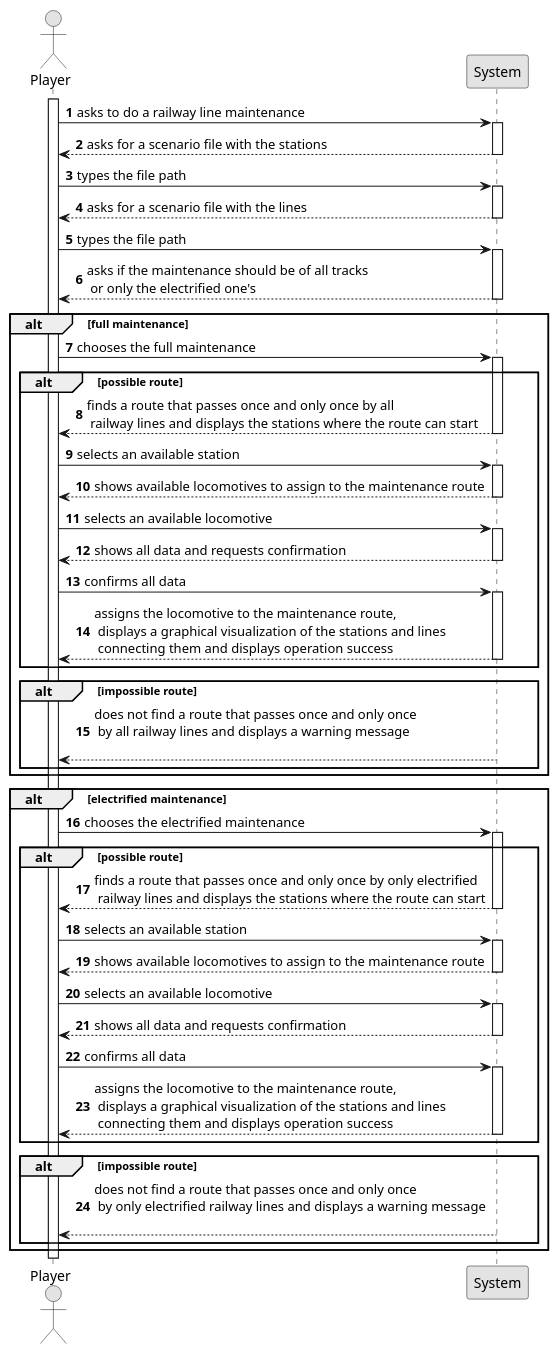
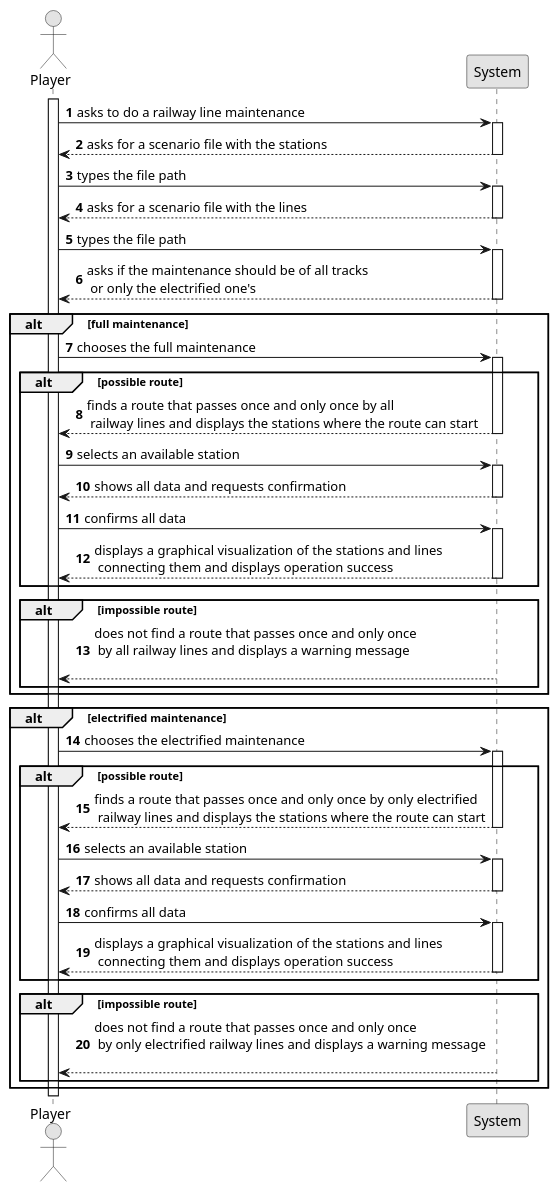
One commit to 1240935/pi2-railway-simulator changed the diagram in Sprint2/US014/01.requirements-engineering/puml/US014-SSD.puml. Above: the diagram before and after it, drawn with PlantUML. The commit also changed 21 other files, not shown here.

```diff
--- a/Sprint2/US014/01.requirements-engineering/puml/US014-SSD.puml
+++ b/Sprint2/US014/01.requirements-engineering/puml/US014-SSD.puml
@@ -1,111 +1,99 @@
 @startuml
 skinparam monochrome true
 skinparam packageStyle rectangle
 skinparam shadowing false
 
 autonumber
 
 actor "Player" as Employee
 participant "System" as System
 
 activate Employee
 
     Employee -> System : asks to do a railway line maintenance
     activate System
 
          System --> Employee : asks for a scenario file with the stations
             deactivate System
 
             Employee -> System : types the file path
             activate System
 
             System --> Employee : asks for a scenario file with the lines
                 deactivate System
 
             Employee -> System : types the file path
                 activate System
 
 
         System --> Employee : asks if the maintenance should be of all tracks \n or only the electrified one's
     deactivate System
 
     alt full maintenance
     Employee -> System : chooses the full maintenance
         activate System
 
         alt possible route
 
                     System --> Employee : finds a route that passes once and only once by all \n railway lines and displays the stations where the route can start
                     deactivate System
 
                 Employee -> System : selects an available station
                 activate System
 
-                    System --> Employee: shows available locomotives to assign to the maintenance route
-                    deactivate System
-
-                Employee -> System : selects an available locomotive
-                activate System
-
                      System --> Employee : shows all data and requests confirmation
                     deactivate System
 
                 Employee -> System : confirms all data
                 activate System
 
-                    System --> Employee: assigns the locomotive to the maintenance route,\n displays a graphical visualization of the stations and lines \n connecting them and displays operation success
+                    System --> Employee: displays a graphical visualization of the stations and lines \n connecting them and displays operation success
                     deactivate System
 
                 end alt
 
                 alt impossible route
 
                 activate System
 
                      System --> Employee : does not find a route that passes once and only once \n by all railway lines and displays a warning message \n
                      deactivate System
 
                 end alt
 
          end alt
 
     alt electrified maintenance
 
         Employee -> System : chooses the electrified maintenance
         activate System
 
         alt possible route
 
             System --> Employee : finds a route that passes once and only once by only electrified \n railway lines and displays the stations where the route can start
             deactivate System
 
         Employee -> System : selects an available station
         activate System
 
-            System --> Employee: shows available locomotives to assign to the maintenance route
-            deactivate System
-
-        Employee -> System : selects an available locomotive
-        activate System
-
              System --> Employee : shows all data and requests confirmation
             deactivate System
 
         Employee -> System : confirms all data
         activate System
 
-            System --> Employee: assigns the locomotive to the maintenance route,\n displays a graphical visualization of the stations and lines \n connecting them and displays operation success
+            System --> Employee: displays a graphical visualization of the stations and lines \n connecting them and displays operation success
             deactivate System
 
         end alt
 
         alt impossible route
 
              System --> Employee : does not find a route that passes once and only once \n by only electrified railway lines and displays a warning message \n
 
         end alt
 
 
     end alt
 
 @enduml
```
